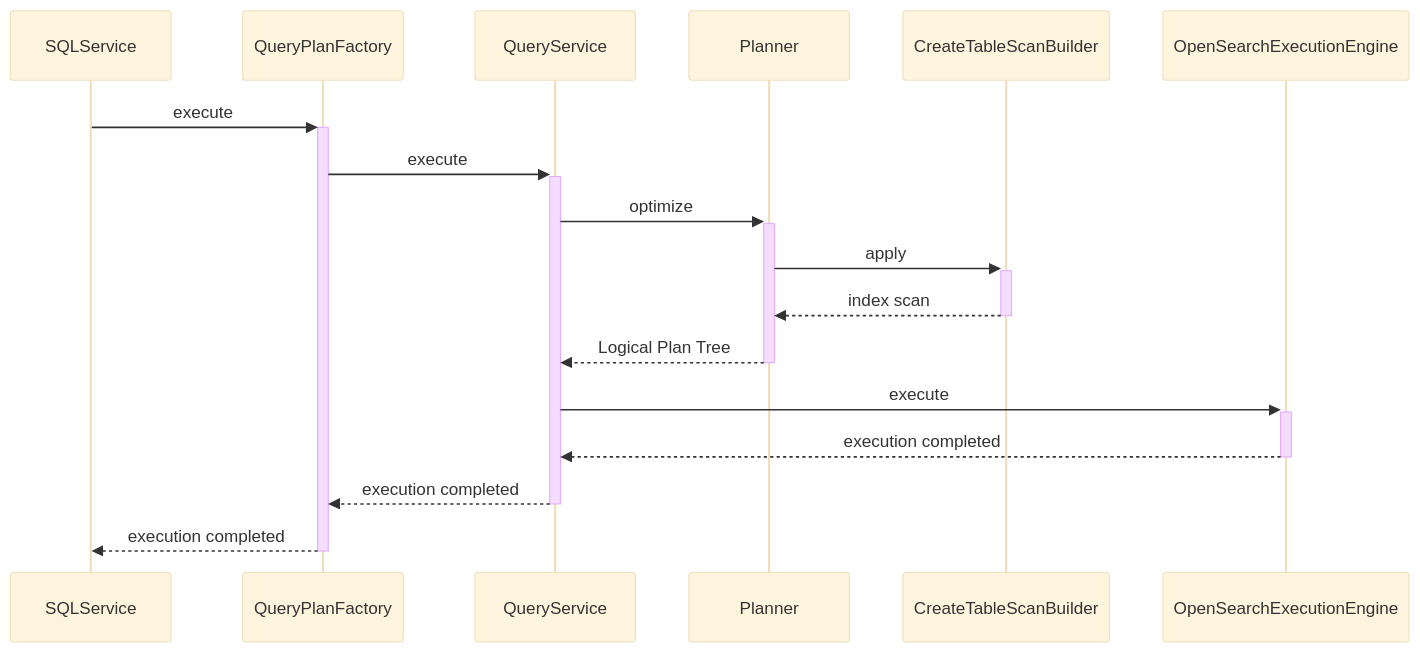
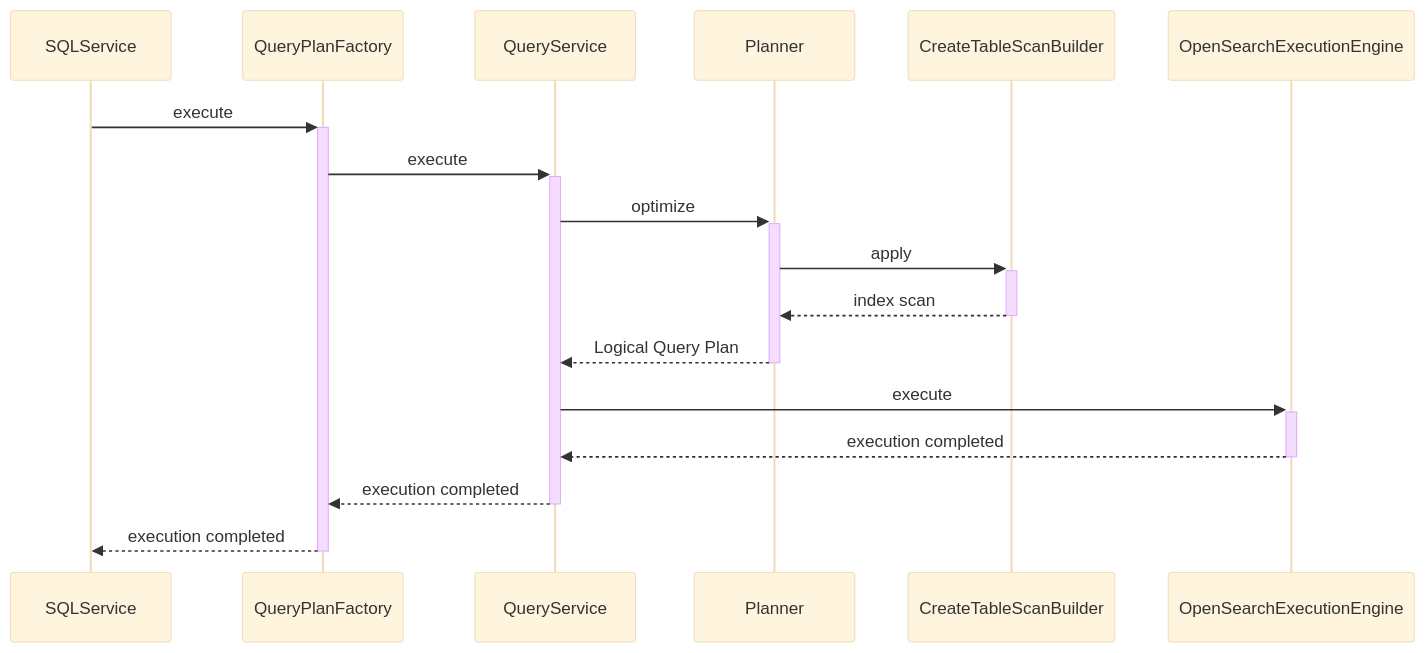
Diagram 11 of 18 in docs/dev/Pagination-v2.md (opensearch-project/sql), drawn with Mermaid (base theme) before and after one commit. The commit also changed other lines of this file, not shown here.

````diff
--- a/docs/dev/Pagination-v2.md
+++ b/docs/dev/Pagination-v2.md
@@ -463,20 +414,20 @@
 ```mermaid
 sequenceDiagram
     participant SQLService
     participant QueryPlanFactory
     participant QueryService
     participant Planner
     participant CreateTableScanBuilder
     participant OpenSearchExecutionEngine
 
 SQLService ->>+ QueryPlanFactory: execute
   QueryPlanFactory ->>+ QueryService: execute
     QueryService ->>+ Planner: optimize
       Planner ->>+ CreateTableScanBuilder: apply
         CreateTableScanBuilder -->>- Planner: index scan
-      Planner -->>- QueryService: Logical Plan Tree
+      Planner -->>- QueryService: Logical Query Plan
     QueryService ->>+ OpenSearchExecutionEngine: execute
       OpenSearchExecutionEngine -->>- QueryService: execution completed
     QueryService -->>- QueryPlanFactory: execution completed
   QueryPlanFactory -->>- SQLService: execution completed
 ```
````
